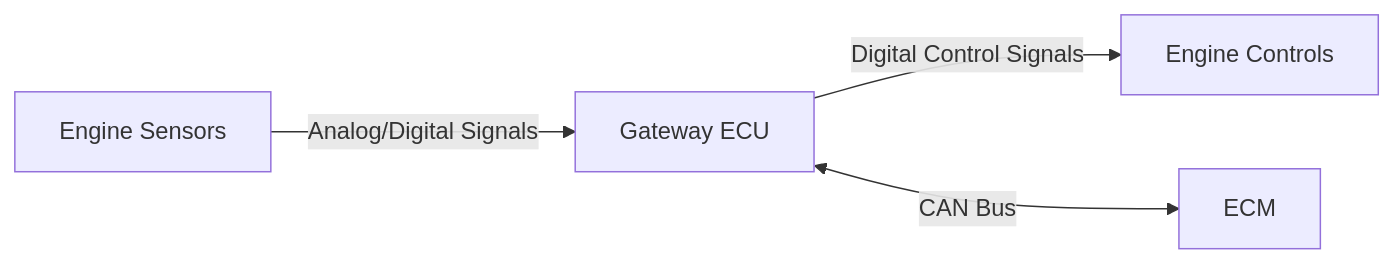
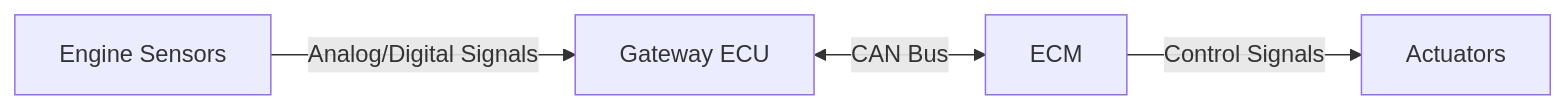
Before and after one commit to lucasreyese/engine-hil: the first of 2 diagrams in README.md, drawn with Mermaid. The commit also changed other lines of this file, not shown here.

````diff
--- a/README.md
+++ b/README.md
@@ -7,6 +12,6 @@
 ```mermaid
 graph LR
     A[Engine Sensors] -->|Analog/Digital Signals| B[Gateway ECU]
-    B -->|Digital Control Signals| C[Engine Controls]
-    B <-->|CAN Bus| D[ECM]
+    B <-->|CAN Bus| C[ECM]
+    C -->|Control Signals| D[Actuators]
 ```
````
